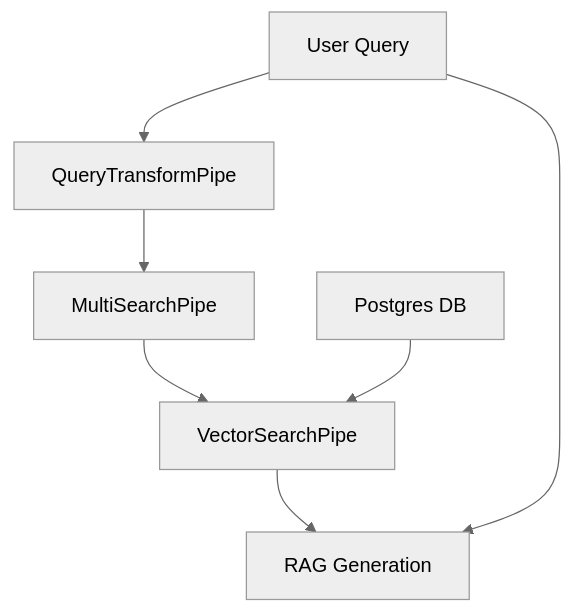
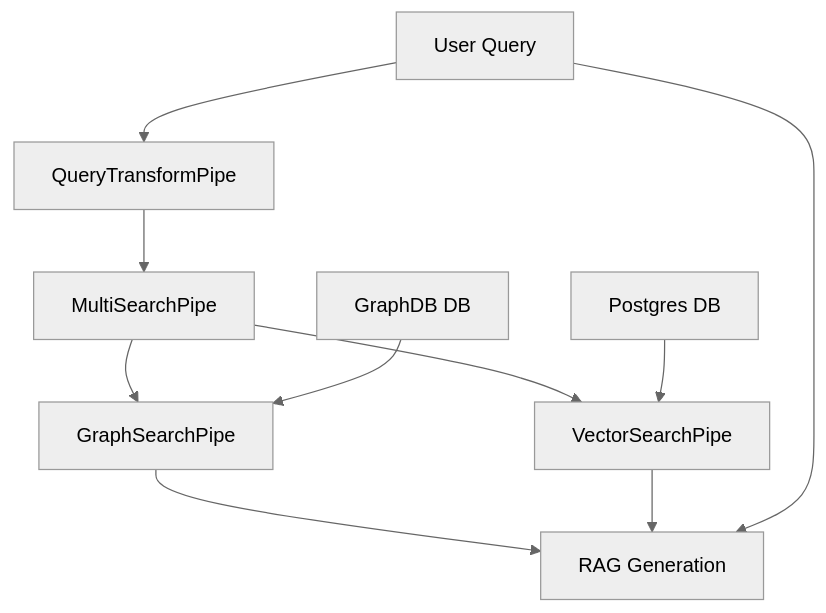
The first of 3 diagrams in docs/cookbooks/advanced-rag.mdx (SciPhi-AI/R2R), drawn with Mermaid (neutral theme) before and after one commit. The commit also changed other lines of this file and 26 other files, not shown here.

````diff
--- a/docs/cookbooks/advanced-rag.mdx
+++ b/docs/cookbooks/advanced-rag.mdx
@@ -24,10 +24,14 @@
 ```mermaid
 graph TD
     A[User Query] --> B[QueryTransformPipe]
     B --> C[MultiSearchPipe]
-    C --> D[VectorSearchPipe]
+    C --> G[VectorSearchPipe]
+    F[Postgres DB] --> G
+    C --> D[GraphSearchPipe]
+    H[GraphDB DB] --> D
+
     D --> E[RAG Generation]
+    G --> E[RAG Generation]
     A --> E
-    F[Postgres DB] --> D
 
 ```
````
